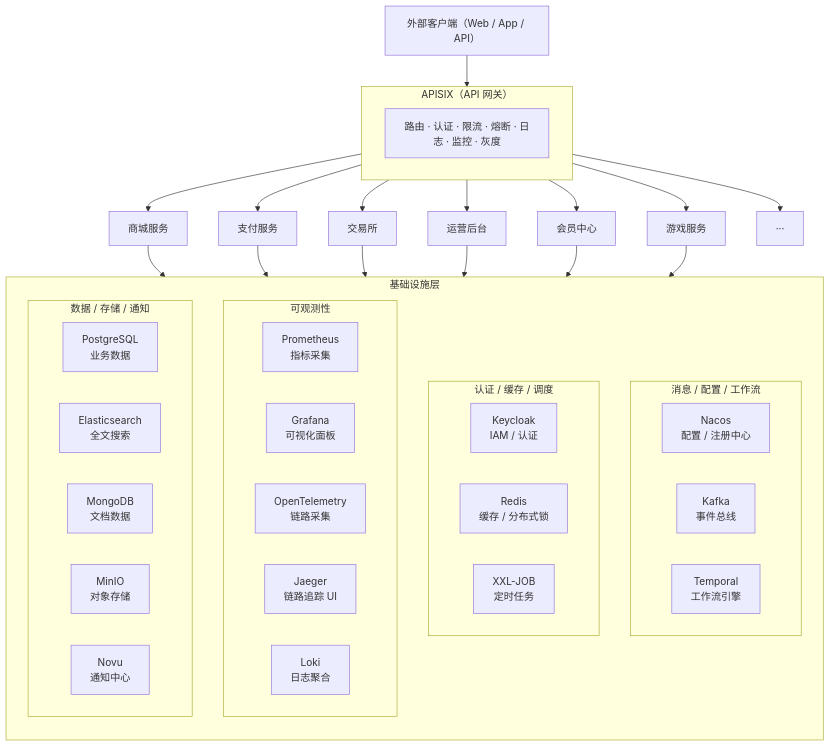
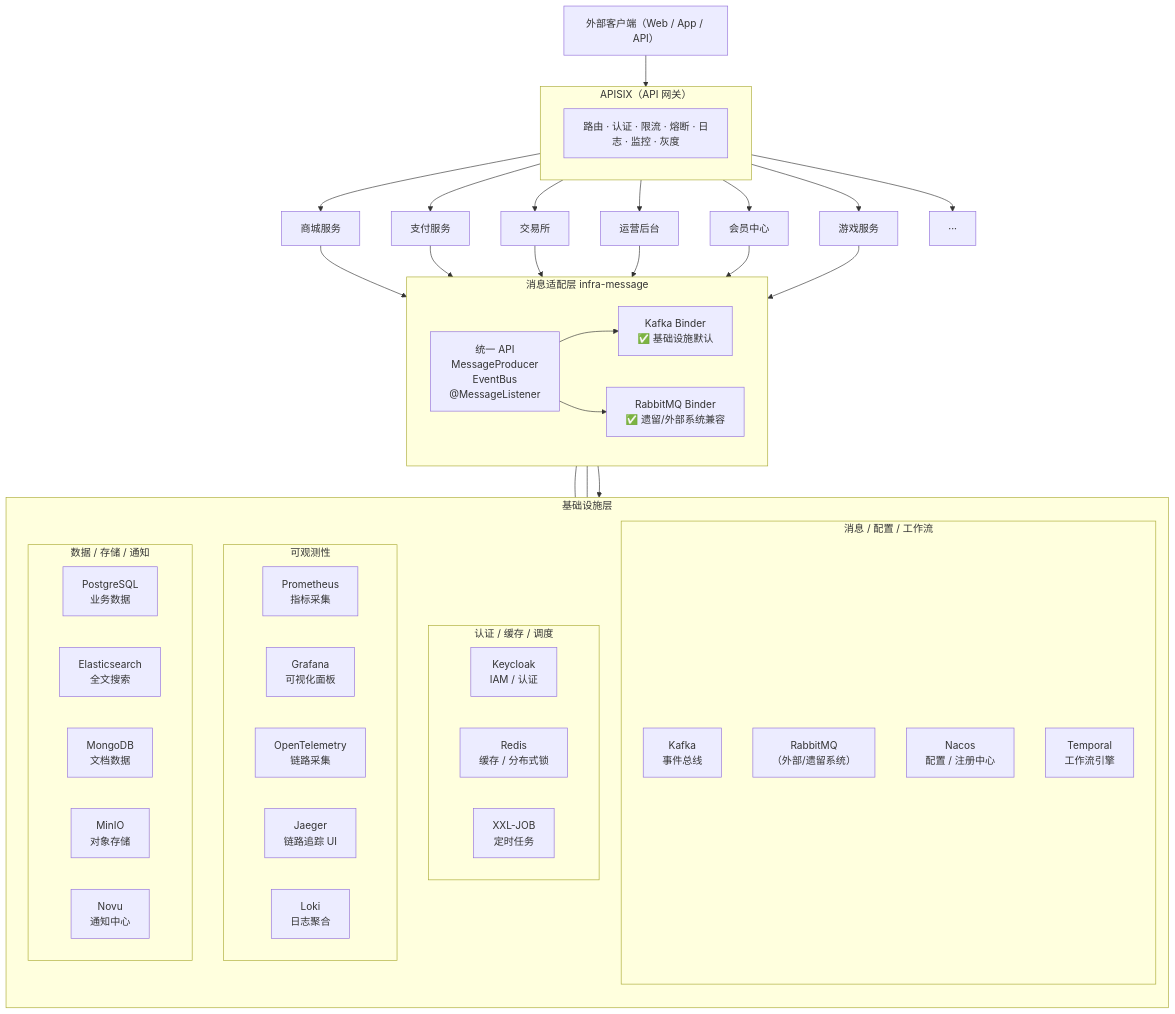
The diagram in README.md (Skyler-May/microservices), drawn with Mermaid before and after one commit. The commit also changed other lines of this file and 20 other files, not shown here.

First line of the commit message:
feat(infra): 新增消息适配层，移除 RabbitMQ 基础设施

````diff
--- a/README.md
+++ b/README.md
@@ -76,52 +99,67 @@
 ```mermaid
 flowchart TD
     Client["外部客户端（Web / App / API）"]
 
     Client --> APISIX
 
     subgraph APISIX["APISIX（API 网关）"]
         GW["路由 · 认证 · 限流 · 熔断 · 日志 · 监控 · 灰度"]
     end
 
     APISIX --> S1["商城服务"]
     APISIX --> S2["支付服务"]
     APISIX --> S3["交易所"]
     APISIX --> S4["运营后台"]
     APISIX --> S5["会员中心"]
     APISIX --> S6["游戏服务"]
     APISIX --> S7["···"]
 
-    S1 & S2 & S3 & S4 & S5 & S6 --> INFRA
+    S1 & S2 & S3 & S4 & S5 & S6 --> ADAPTER
+
+    subgraph ADAPTER["消息适配层 infra-message"]
+        direction LR
+        API["统一 API\nMessageProducer\nEventBus\n@MessageListener"]
+        KAFKA_BINDER["Kafka Binder\n✅ 基础设施默认"]
+        RABBIT_BINDER["RabbitMQ Binder\n✅ 遗留/外部系统兼容"]
+        API --> KAFKA_BINDER
+        API --> RABBIT_BINDER
+    end
+
+    KAFKA_BINDER --- KAFKA_BROKER
+    RABBIT_BINDER --- RABBIT_BROKER
+
+    ADAPTER --> INFRA
 
     subgraph INFRA["基础设施层"]
         direction TB
 
         subgraph MSG["消息 / 配置 / 工作流"]
             Nacos["Nacos\n配置 / 注册中心"]
-            Kafka["Kafka\n事件总线"]
+            KAFKA_BROKER["Kafka\n事件总线"]
+            RABBIT_BROKER["RabbitMQ\n（外部/遗留系统）"]
             Temporal["Temporal\n工作流引擎"]
         end
 
         subgraph CACHE["认证 / 缓存 / 调度"]
             Keycloak["Keycloak\nIAM / 认证"]
             Redis["Redis\n缓存 / 分布式锁"]
             XXLJOB["XXL-JOB\n定时任务"]
         end
 
         subgraph OBS["可观测性"]
             Prometheus["Prometheus\n指标采集"]
             Grafana["Grafana\n可视化面板"]
             OTel["OpenTelemetry\n链路采集"]
             Jaeger["Jaeger\n链路追踪 UI"]
             Loki["Loki\n日志聚合"]
         end
 
         subgraph DATA["数据 / 存储 / 通知"]
             PG["PostgreSQL\n业务数据"]
             ES["Elasticsearch\n全文搜索"]
             Mongo["MongoDB\n文档数据"]
             MinIO["MinIO\n对象存储"]
             Novu["Novu\n通知中心"]
         end
     end
 ```
````
